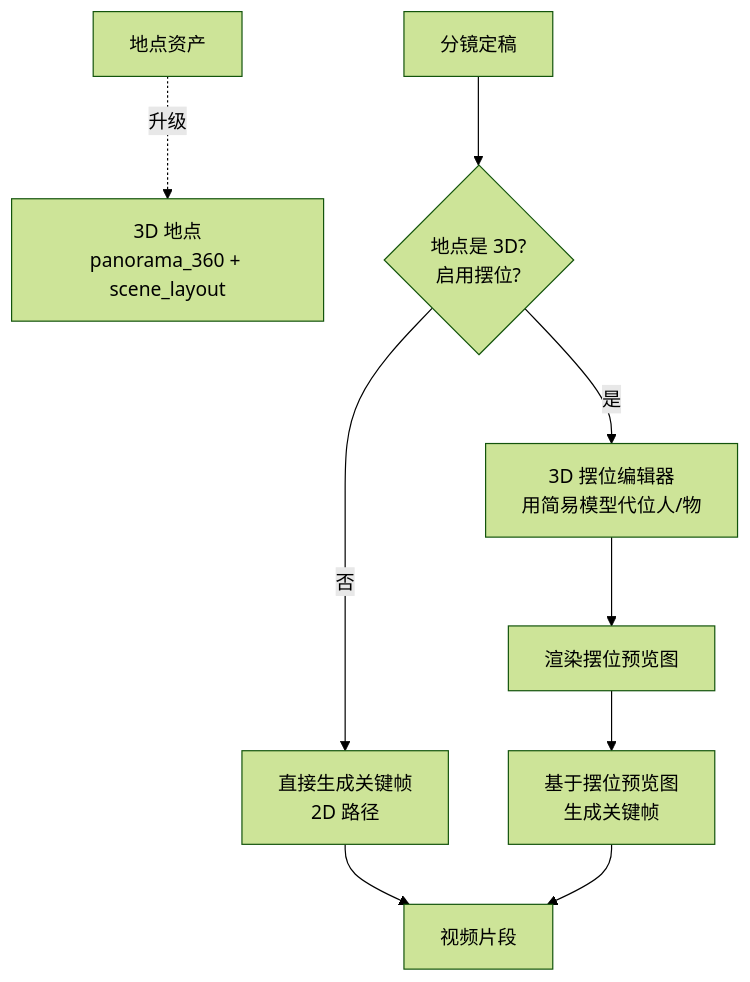
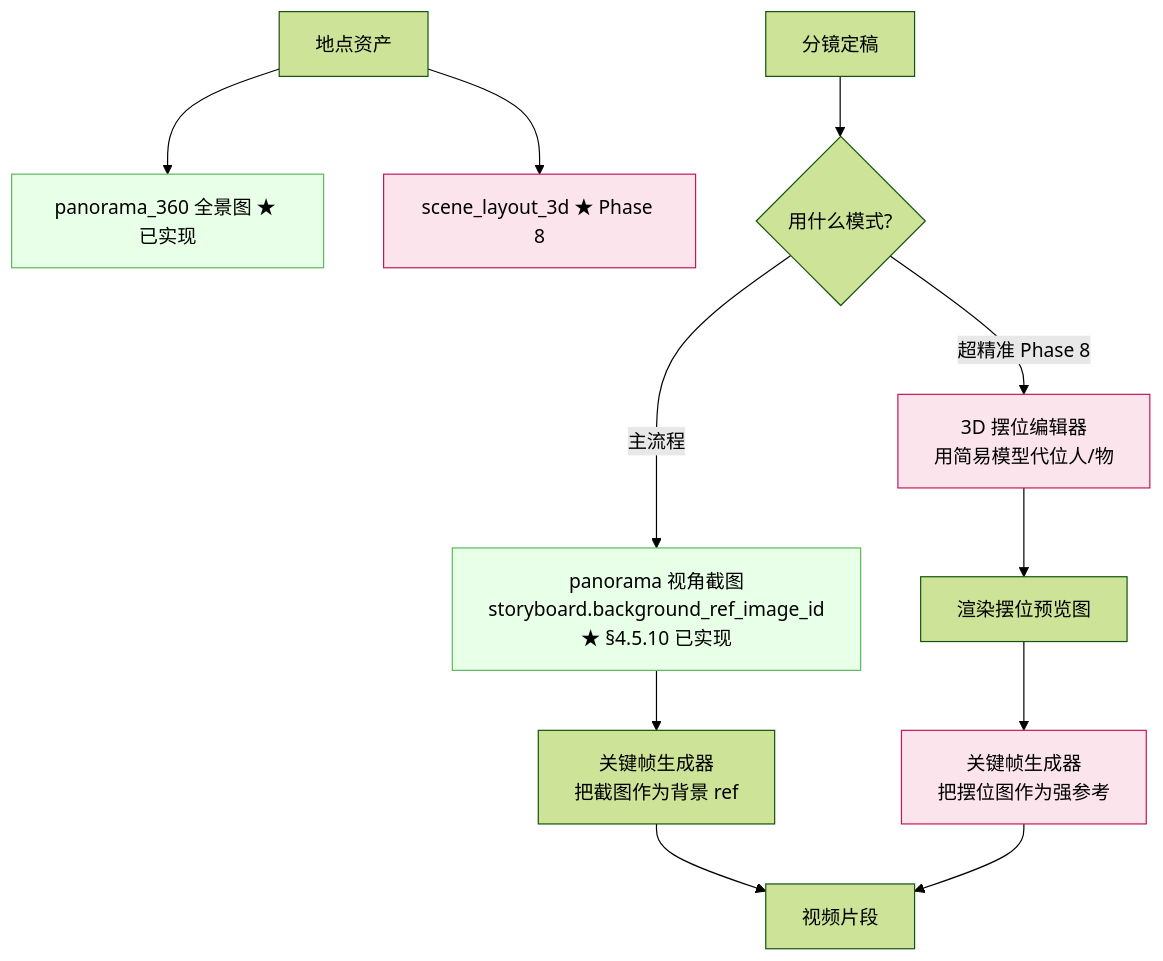
Before and after one commit to laodao/reed: diagram 13 of 16 in docs/superpowers/specs/2026-05-02-episode-production-pipeline-design.md, drawn with Mermaid (forest theme). The commit also changed other lines of this file and 1 other file, not shown here.

First line of the commit message:
docs(spec+prototype): 360 全景 + 截图机制提升为主流程 + portrait 重定位为形象库

````diff
--- a/docs/superpowers/specs/2026-05-02-episode-production-pipeline-design.md
+++ b/docs/superpowers/specs/2026-05-02-episode-production-pipeline-design.md
@@ -1085,11 +1222,19 @@
 ```mermaid
 flowchart TD
-    L[地点资产] -. 升级 .-> L3D[3D 地点<br/>panorama_360 + scene_layout]
-    SB[分镜定稿] --> CHECK{地点是 3D?<br/>启用摆位?}
-    CHECK -- 否 --> KF[直接生成关键帧<br/>2D 路径]
-    CHECK -- 是 --> POSE[3D 摆位编辑器<br/>用简易模型代位人/物]
+    L[地点资产] --> L1[panorama_360 全景图 ★ 已实现]
+    L --> L3D[scene_layout_3d ★ Phase 8]
+    SB[分镜定稿] --> CHECK{用什么模式?}
+    CHECK -- 主流程 --> SS[panorama 视角截图<br/>storyboard.background_ref_image_id<br/>★ §4.5.10 已实现]
+    CHECK -- 超精准 Phase 8 --> POSE[3D 摆位编辑器<br/>用简易模型代位人/物]
     POSE --> RENDER[渲染摆位预览图]
-    RENDER --> KF3D[基于摆位预览图<br/>生成关键帧]
+    RENDER --> KF3D[关键帧生成器<br/>把摆位图作为强参考]
+    SS --> KF[关键帧生成器<br/>把截图作为背景 ref]
     KF --> V[视频片段]
     KF3D --> V
+
+    style SS fill:#e8ffe8,stroke:#5cb85c
+    style L1 fill:#e8ffe8,stroke:#5cb85c
+    style POSE fill:#fce4ec,stroke:#c2185b
+    style L3D fill:#fce4ec,stroke:#c2185b
+    style KF3D fill:#fce4ec,stroke:#c2185b
 ```
````
